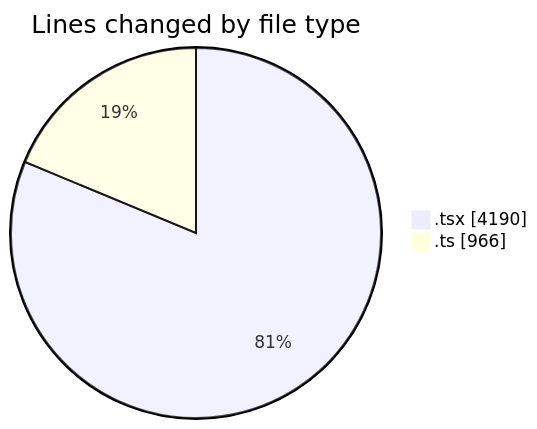
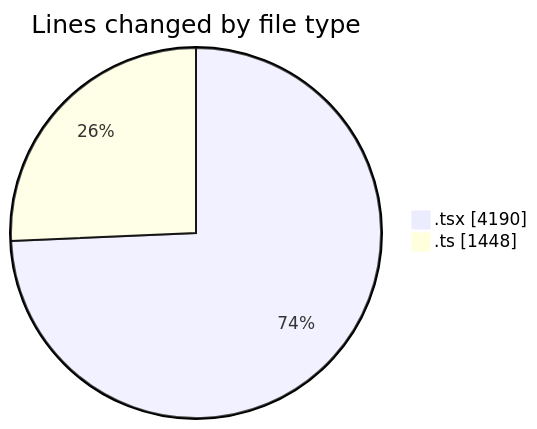
One commit to nxtqubesakshisongat/code-tracking changed the first of 2 diagrams in 2026-02-26/nxtqube_webapp/README.md. Above: the diagram before and after it, drawn with Mermaid. The commit also changed other lines of this file and 1 other file, not shown here.

````diff
--- a/2026-02-26/nxtqube_webapp/README.md
+++ b/2026-02-26/nxtqube_webapp/README.md
@@ -30,6 +31,6 @@
 ```mermaid
 pie showData
 title Lines changed by file type
 ".tsx" : 4190
-".ts" : 966
+".ts" : 1448
 ```
````
